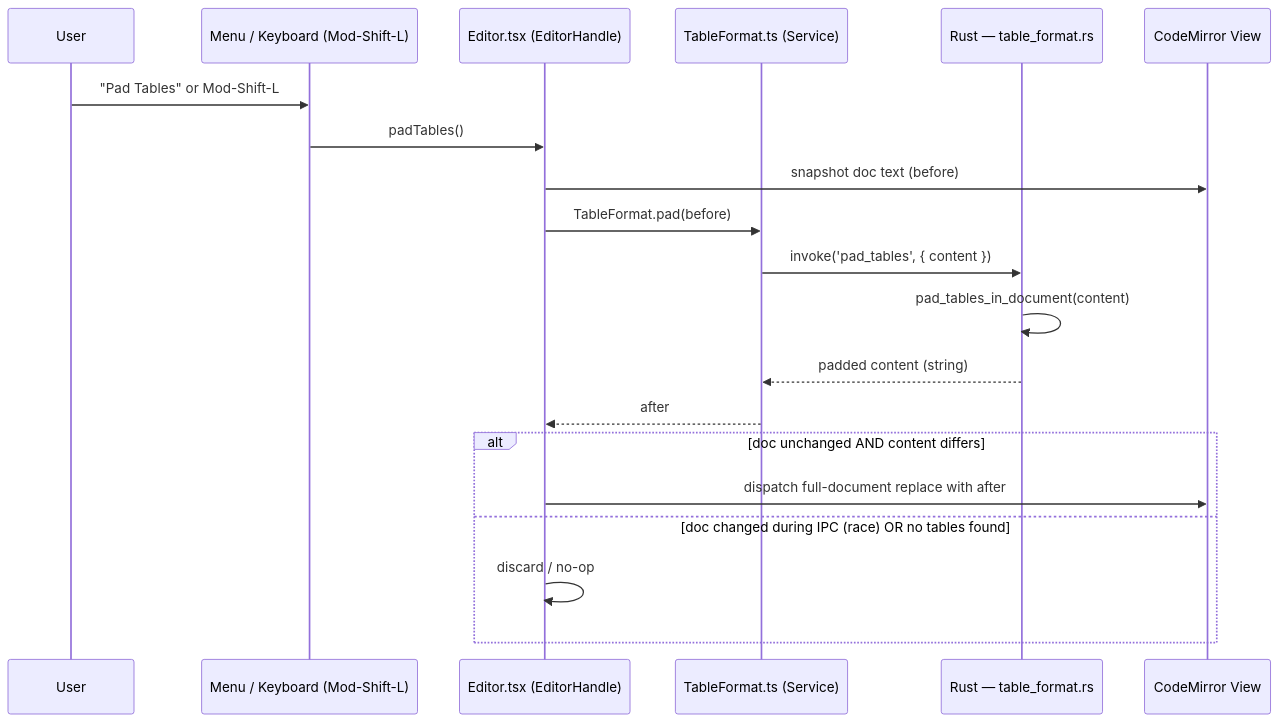
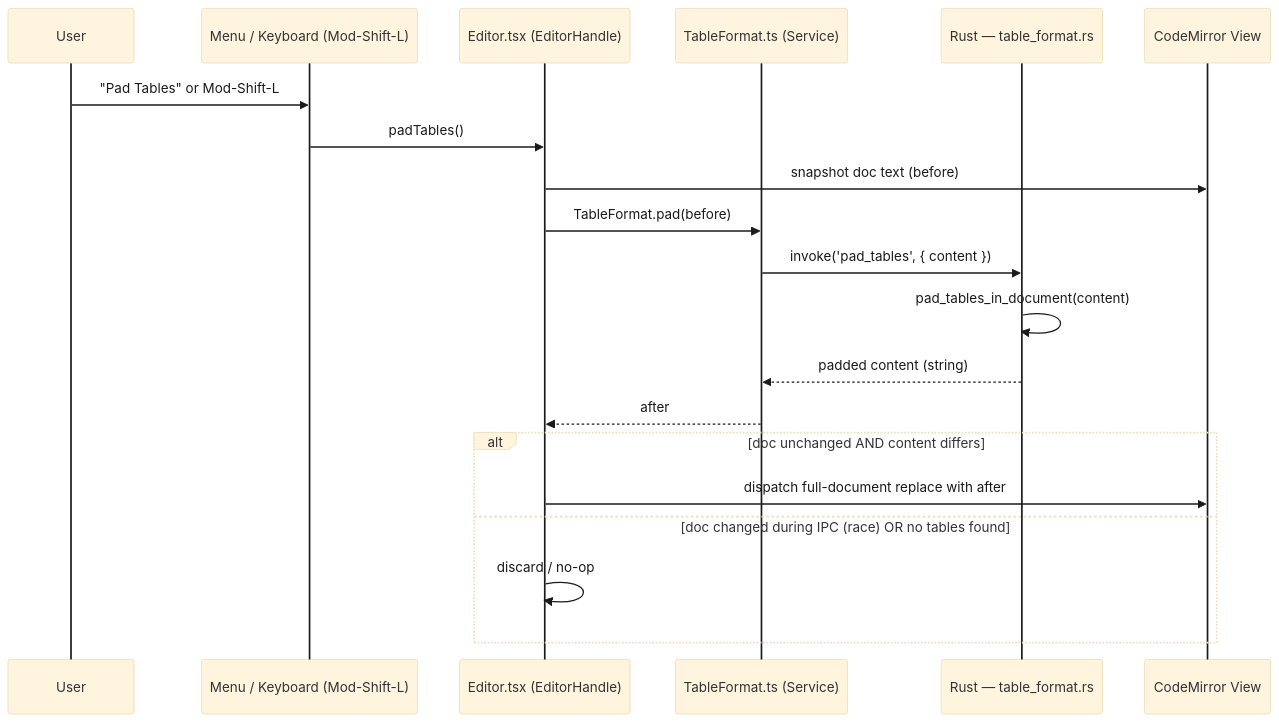
Before and after one commit to blessia-blessini/lattice: the sixth of 7 diagrams in docs/30-architecture.md, drawn with Mermaid. The commit also changed other lines of this file and 1 other file, not shown here.

Commit message:
Add Mermaid theme blocks to architecture docs

````diff
--- a/docs/30-architecture.md
+++ b/docs/30-architecture.md
@@ -403,24 +427,33 @@
 ```mermaid
+%%{init: {'theme': 'base', 'themeVariables': {
+  'signalColor':     '#1a1a1a',
+  'signalTextColor': '#1a1a1a',
+  'lineColor':       '#1a1a1a',
+  'actorLineColor':  '#1a1a1a',
+  'fontSize':        '16px'
+}}}%%
+
+
 sequenceDiagram
     participant User
     participant Menu as Menu / Keyboard (Mod-Shift-L)
     participant Editor as Editor.tsx (EditorHandle)
     participant Svc as TableFormat.ts (Service)
     participant Rust as Rust — table_format.rs
     participant CM as CodeMirror View
 
     User->>Menu: "Pad Tables" or Mod-Shift-L
     Menu->>Editor: padTables()
     Editor->>CM: snapshot doc text (before)
     Editor->>Svc: TableFormat.pad(before)
     Svc->>Rust: invoke('pad_tables', { content })
     Rust->>Rust: pad_tables_in_document(content)
     Rust-->>Svc: padded content (string)
     Svc-->>Editor: after
 
     alt doc unchanged AND content differs
         Editor->>CM: dispatch full-document replace with after
     else doc changed during IPC (race) OR no tables found
         Editor->>Editor: discard / no-op
     end
 ```
````
